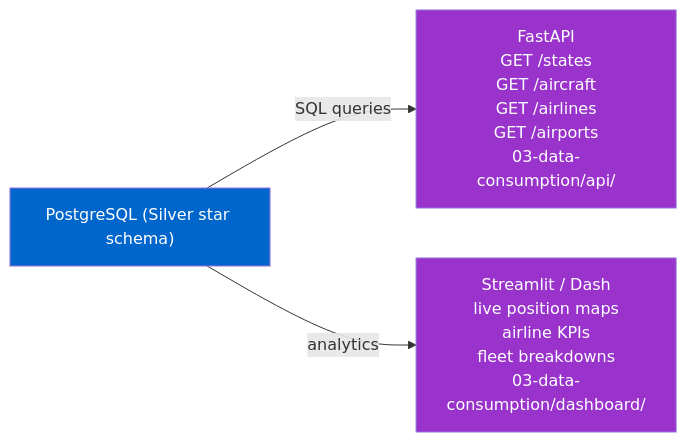
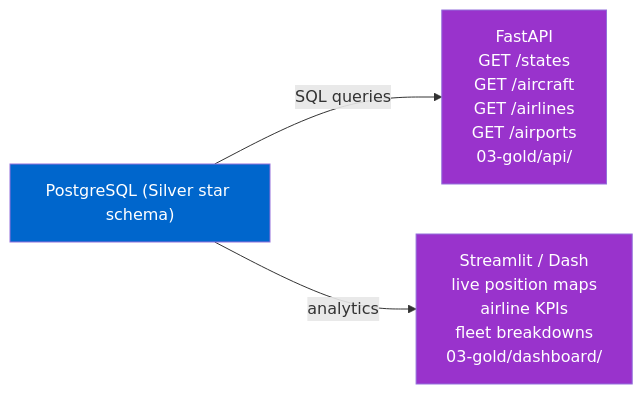
One commit to MatthiasSails/airline-data-platform changed the third of 6 diagrams in docs/architecture/README.md. Above: the diagram before and after it, drawn with Mermaid. The commit also changed other lines of this file and 42 other files, not shown here.

````diff
--- a/docs/architecture/README.md
+++ b/docs/architecture/README.md
@@ -102,11 +102,11 @@
 ```mermaid
 graph LR
     PG["PostgreSQL (Silver star schema)"]
 
-    PG -->|SQL queries| API["FastAPI<br/>GET /states<br/>GET /aircraft<br/>GET /airlines<br/>GET /airports<br/>03-data-consumption/api/"]
-    PG -->|analytics| DASH["Streamlit / Dash<br/>live position maps<br/>airline KPIs<br/>fleet breakdowns<br/>03-data-consumption/dashboard/"]
+    PG -->|SQL queries| API["FastAPI<br/>GET /states<br/>GET /aircraft<br/>GET /airlines<br/>GET /airports<br/>03-gold/api/"]
+    PG -->|analytics| DASH["Streamlit / Dash<br/>live position maps<br/>airline KPIs<br/>fleet breakdowns<br/>03-gold/dashboard/"]
 
     style PG fill:#0066CC,color:#fff
     style API fill:#9933CC,color:#fff
     style DASH fill:#9933CC,color:#fff
 ```
````
